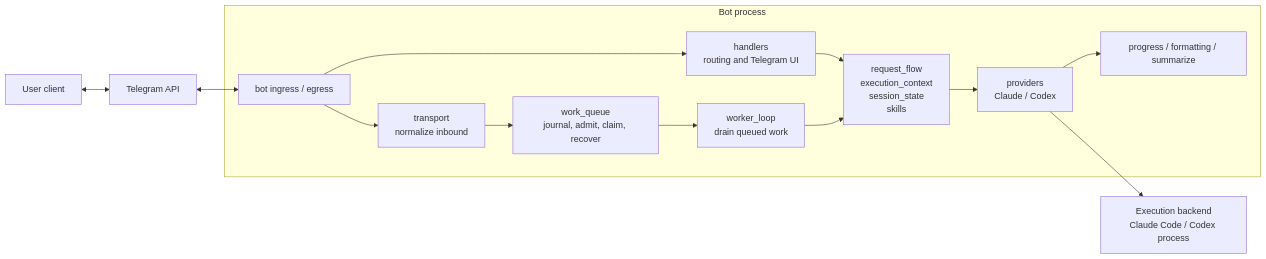
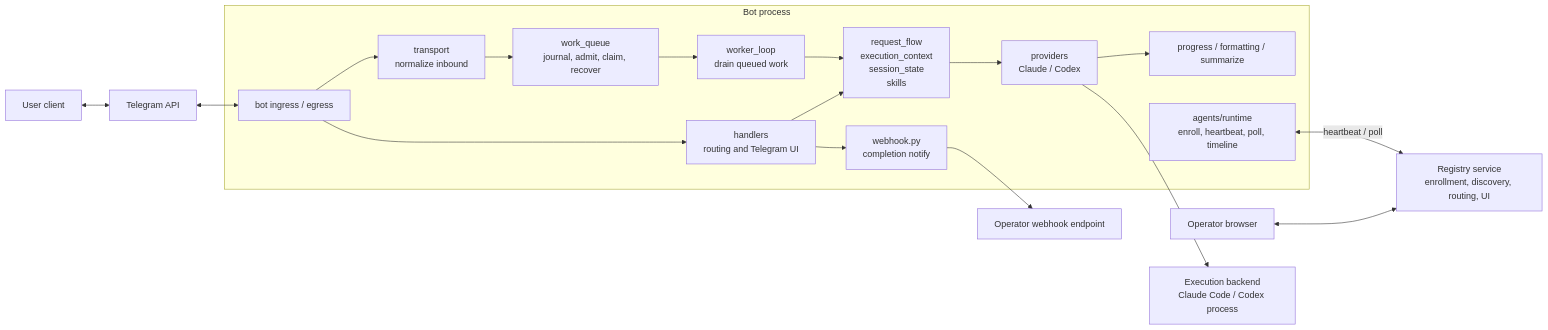
Before and after one commit to privacynow/octopus: the first of 17 diagrams in docs/ARCHITECTURE.md, drawn with Mermaid. The commit also changed other lines of this file and 9 other files, not shown here.

````diff
--- a/docs/ARCHITECTURE.md
+++ b/docs/ARCHITECTURE.md
@@ -39,27 +40,34 @@
 ```mermaid
 flowchart LR
     U["User client"] <--> TG["Telegram API"]
+    OPS["Operator browser"] <--> REG["Registry service<br/>enrollment, discovery, routing, UI"]
+    WHK["Operator webhook endpoint"]
 
     subgraph BOT["Bot process"]
         IO["bot ingress / egress"]
         T["transport<br/>normalize inbound"]
         WQ["work_queue<br/>journal, admit, claim, recover"]
         H["handlers<br/>routing and Telegram UI"]
         WL["worker_loop<br/>drain queued work"]
         CORE["request_flow<br/>execution_context<br/>session_state<br/>skills"]
         P["providers<br/>Claude / Codex"]
         OUT["progress / formatting / summarize"]
+        AR["agents/runtime<br/>enroll, heartbeat, poll, timeline"]
+        WH["webhook.py<br/>completion notify"]
 
         IO --> T
         IO --> H
         T --> WQ
         WQ --> WL
         H --> CORE
         WL --> CORE
         CORE --> P
         P --> OUT
+        H --> WH
     end
 
     TG <--> IO
     P --> EB["Execution backend<br/>Claude Code / Codex process"]
+    AR <-->|"heartbeat / poll"| REG
+    WH --> WHK
 ```
````
